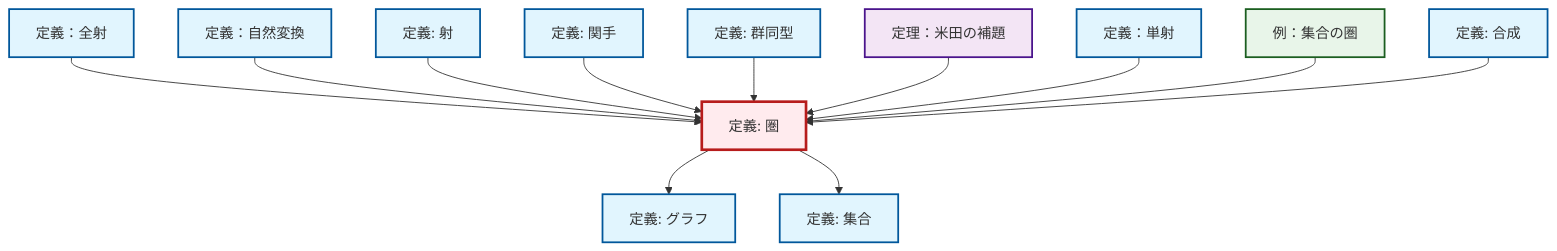
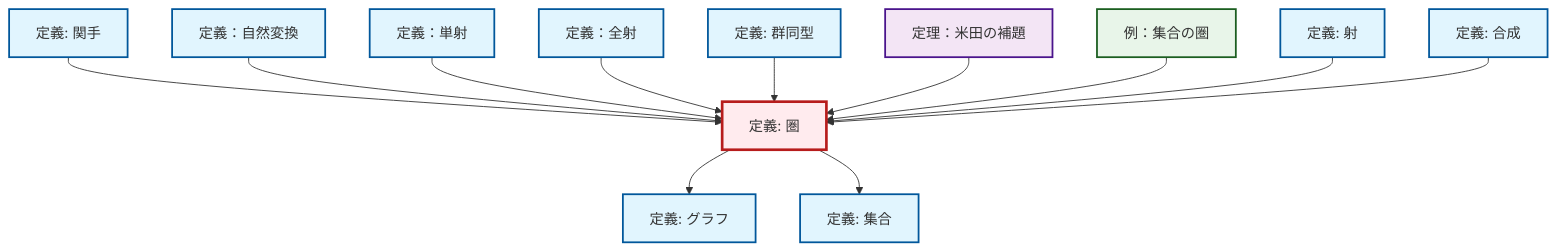
The diagram in content/ja/category-theory/def-category.qmd (RK0429/ModernMath), drawn with Mermaid before and after one commit. The commit also changed 672 other files, not shown here.

````diff
--- a/content/ja/category-theory/def-category.qmd
+++ b/content/ja/category-theory/def-category.qmd
@@ -48,44 +48,44 @@
 ```{mermaid}
-%%| fig-cap: "Local dependency graph"
+%%| fig-cap: "ローカル依存関係グラフ"
 graph TD
     classDef definition fill:#e1f5fe,stroke:#01579b,stroke-width:2px
     classDef theorem fill:#f3e5f5,stroke:#4a148c,stroke-width:2px
     classDef axiom fill:#fff3e0,stroke:#e65100,stroke-width:2px
     classDef example fill:#e8f5e9,stroke:#1b5e20,stroke-width:2px
     classDef current fill:#ffebee,stroke:#b71c1c,stroke-width:3px
+    def-set["定義: 集合"]:::definition
+    ex-set-category["例：集合の圏"]:::example
+    def-natural-transformation["定義：自然変換"]:::definition
+    def-morphism["定義: 射"]:::definition
+    def-isomorphism["定義: 群同型"]:::definition
     thm-yoneda["定理：米田の補題"]:::theorem
-    def-natural-transformation["定義：自然変換"]:::definition
-    def-isomorphism["定義: 群同型"]:::definition
-    def-set["定義: 集合"]:::definition
+    def-epimorphism["定義：全射"]:::definition
     def-composition["定義: 合成"]:::definition
     def-category["定義: 圏"]:::definition
+    def-functor["定義: 関手"]:::definition
+    def-monomorphism["定義：単射"]:::definition
     def-graph["定義: グラフ"]:::definition
-    def-monomorphism["定義：単射"]:::definition
-    def-functor["定義: 関手"]:::definition
-    def-morphism["定義: 射"]:::definition
-    ex-set-category["例：集合の圏"]:::example
-    def-epimorphism["定義：全射"]:::definition
+    def-functor --> def-category
+    def-natural-transformation --> def-category
+    def-monomorphism --> def-category
+    def-category --> def-graph
     def-epimorphism --> def-category
-    def-natural-transformation --> def-category
-    def-category --> def-graph
+    def-isomorphism --> def-category
     def-category --> def-set
+    thm-yoneda --> def-category
+    ex-set-category --> def-category
     def-morphism --> def-category
-    def-functor --> def-category
-    def-isomorphism --> def-category
-    thm-yoneda --> def-category
-    def-monomorphism --> def-category
-    ex-set-category --> def-category
     def-composition --> def-category
     class def-category current
+    click def-set "def-set.html" "集合の定義へ"
+    click ex-set-category "ex-set-category.html" "例：集合の圏へ"
+    click def-natural-transformation "def-natural-transformation.html" "定義：自然変換へ"
+    click def-morphism "def-morphism.html" "射の定義へ"
+    click def-isomorphism "def-isomorphism.html" "群同型の定義へ"
     click thm-yoneda "thm-yoneda.html" "定理：米田の補題へ"
-    click def-natural-transformation "def-natural-transformation.html" "定義：自然変換へ"
-    click def-isomorphism "def-isomorphism.html" "群同型の定義へ"
-    click def-set "def-set.html" "集合の定義へ"
+    click def-epimorphism "def-epimorphism.html" "定義：全射へ"
     click def-composition "def-composition.html" "合成の定義へ"
+    click def-functor "def-functor.html" "関手の定義へ"
+    click def-monomorphism "def-monomorphism.html" "定義：単射へ"
     click def-graph "def-graph.html" "グラフの定義へ"
-    click def-monomorphism "def-monomorphism.html" "定義：単射へ"
-    click def-functor "def-functor.html" "関手の定義へ"
-    click def-morphism "def-morphism.html" "射の定義へ"
-    click ex-set-category "ex-set-category.html" "例：集合の圏へ"
-    click def-epimorphism "def-epimorphism.html" "定義：全射へ"
 ```
````
